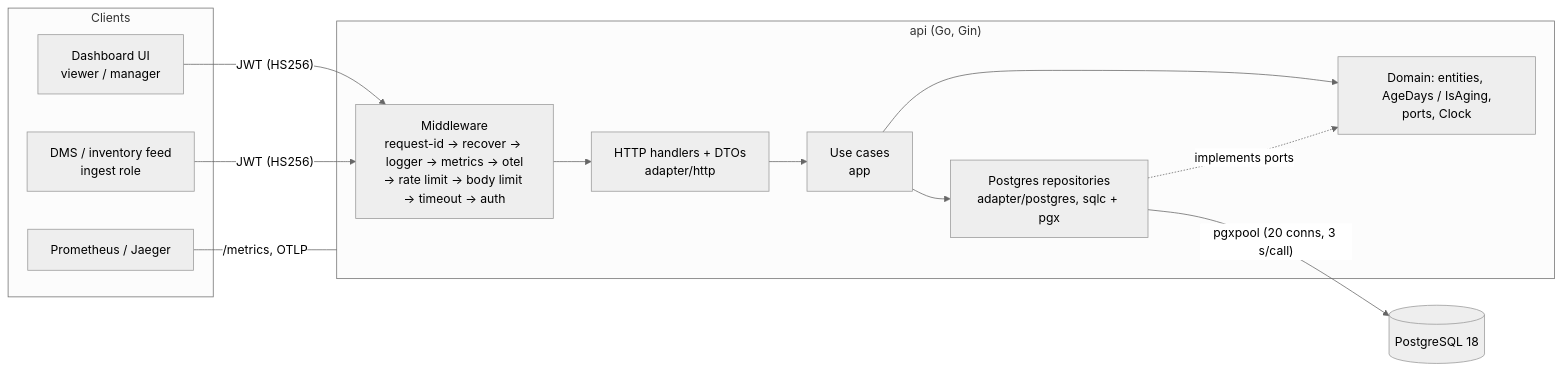
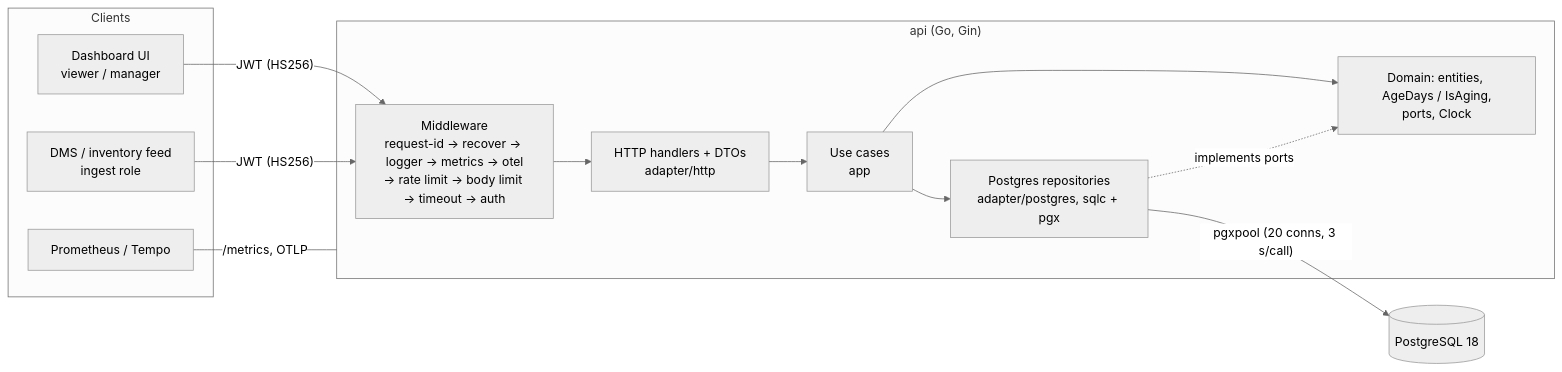
One commit to truonggiahao4533/keyloop_test_2 changed the first of 3 diagrams in docs/system-design.md. Above: the diagram before and after it, drawn with Mermaid (neutral theme). The commit also changed other lines of this file and 4 other files, not shown here.

First line of the commit message:
feat(obs): replace jaeger with tempo for traces

````diff
--- a/docs/system-design.md
+++ b/docs/system-design.md
@@ -7,24 +7,24 @@
 ```mermaid
 flowchart LR
   subgraph Clients
     UI[Dashboard UI<br/>viewer / manager]
     DMS[DMS / inventory feed<br/>ingest role]
-    OPS[Prometheus / Jaeger]
+    OPS[Prometheus / Tempo]
   end
 
   subgraph API["api (Go, Gin)"]
     MW["Middleware<br/>request-id → recover → logger → metrics → otel<br/>→ rate limit → body limit → timeout → auth"]
     H[HTTP handlers + DTOs<br/>adapter/http]
     APP[Use cases<br/>app]
     DOM[Domain: entities, AgeDays / IsAging,<br/>ports, Clock]
     PG[Postgres repositories<br/>adapter/postgres, sqlc + pgx]
     MW --> H --> APP --> DOM
     PG -. implements ports .-> DOM
     APP --> PG
   end
 
   UI -- "JWT (HS256)" --> MW
   DMS -- "JWT (HS256)" --> MW
   OPS -- "/metrics, OTLP" --- API
   PG -- "pgxpool (20 conns, 3 s/call)" --> DB[(PostgreSQL 18)]
 ```
````
